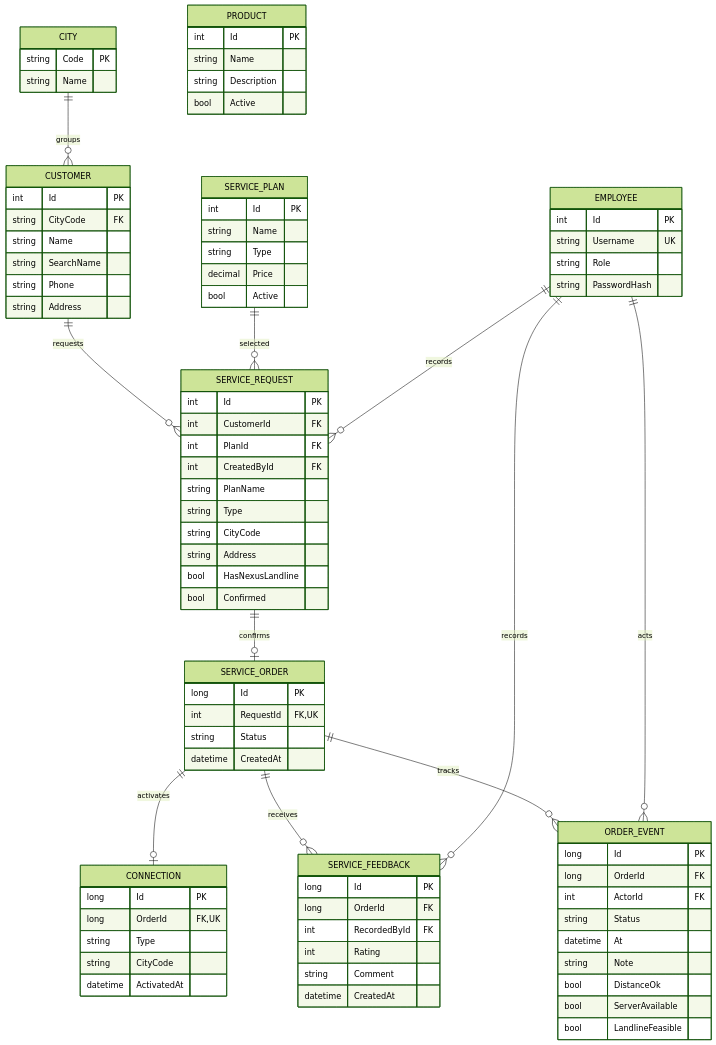
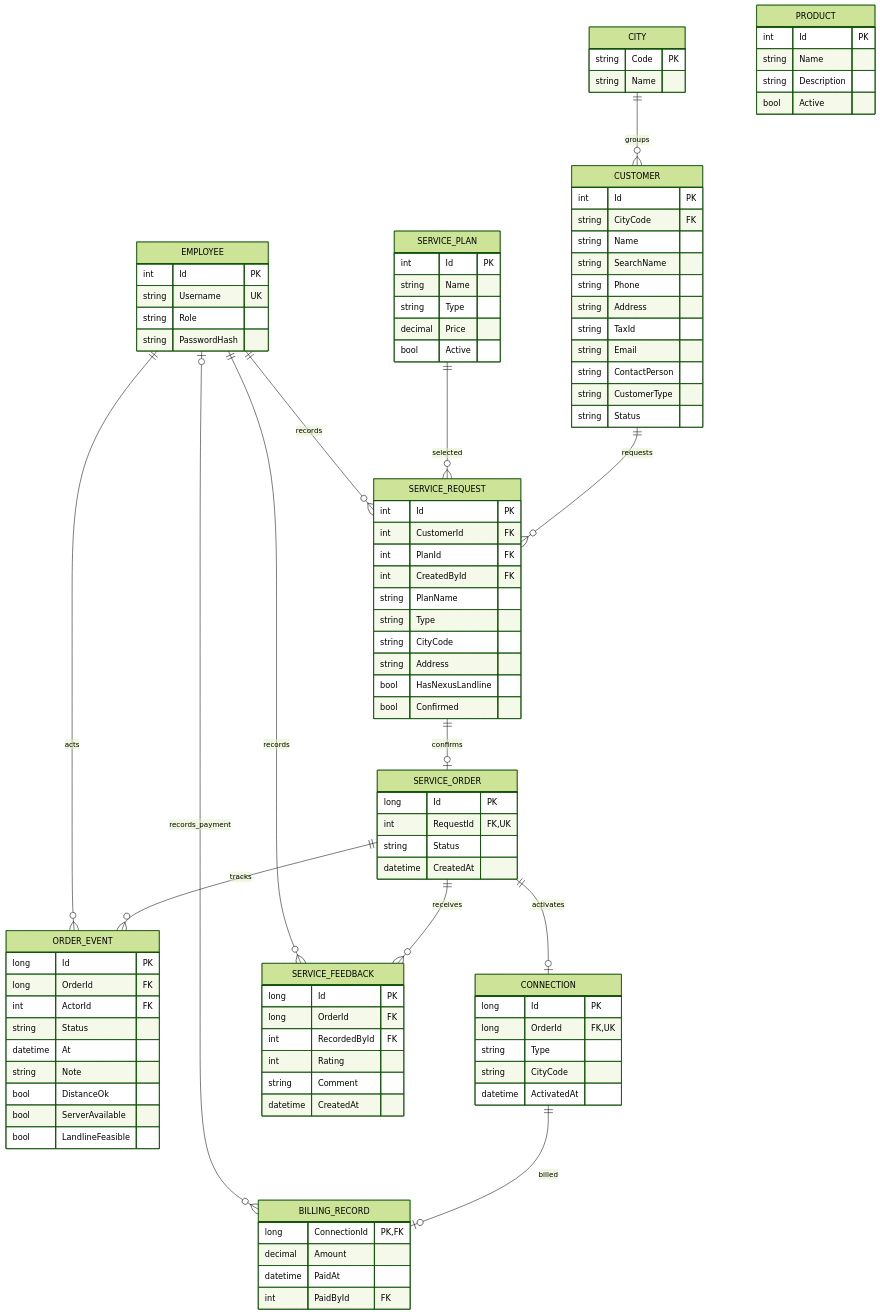
Before and after one commit to bachdangvv/eproject-sem3-nexus-service: the diagram in docs/erd.md, drawn with Mermaid (forest theme). The commit also changed 39 other files, not shown here.

```diff
--- a/docs/erd.md
+++ b/docs/erd.md
@@ -10,6 +10,8 @@
     SERVICE_ORDER ||--o{ ORDER_EVENT : tracks
     EMPLOYEE ||--o{ ORDER_EVENT : acts
     SERVICE_ORDER ||--o| CONNECTION : activates
+    CONNECTION ||--o| BILLING_RECORD : billed
+    EMPLOYEE o|--o{ BILLING_RECORD : records_payment
     SERVICE_ORDER ||--o{ SERVICE_FEEDBACK : receives
     EMPLOYEE ||--o{ SERVICE_FEEDBACK : records
 
@@ -24,6 +26,11 @@
         string SearchName
         string Phone
         string Address
+        string TaxId
+        string Email
+        string ContactPerson
+        string CustomerType
+        string Status
     }
     EMPLOYEE {
         int Id PK
@@ -80,6 +87,12 @@
         string CityCode
         datetime ActivatedAt
     }
+    BILLING_RECORD {
+        long ConnectionId PK,FK
+        decimal Amount
+        datetime PaidAt
+        int PaidById FK
+    }
     SERVICE_FEEDBACK {
         long Id PK
         long OrderId FK
```
